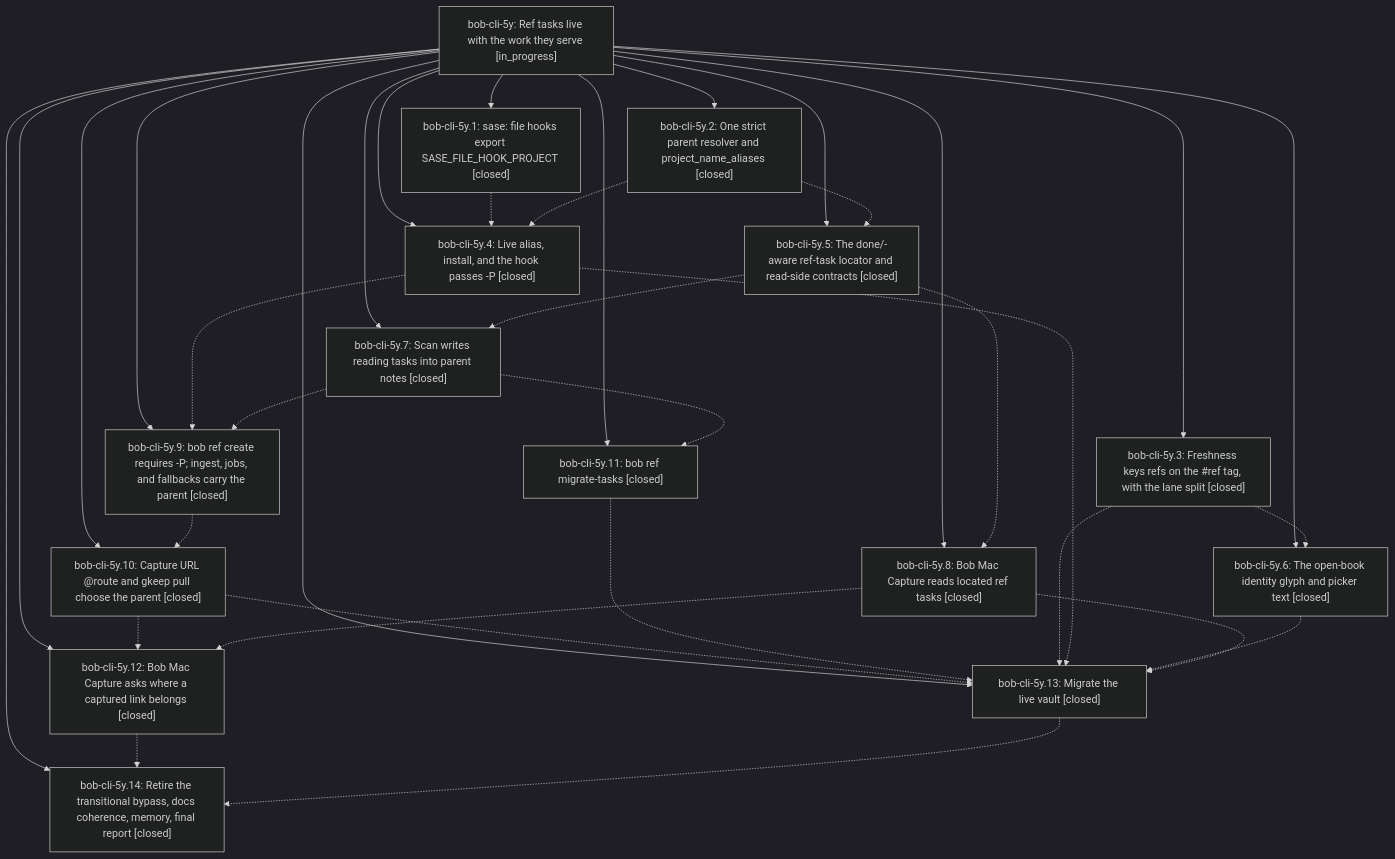
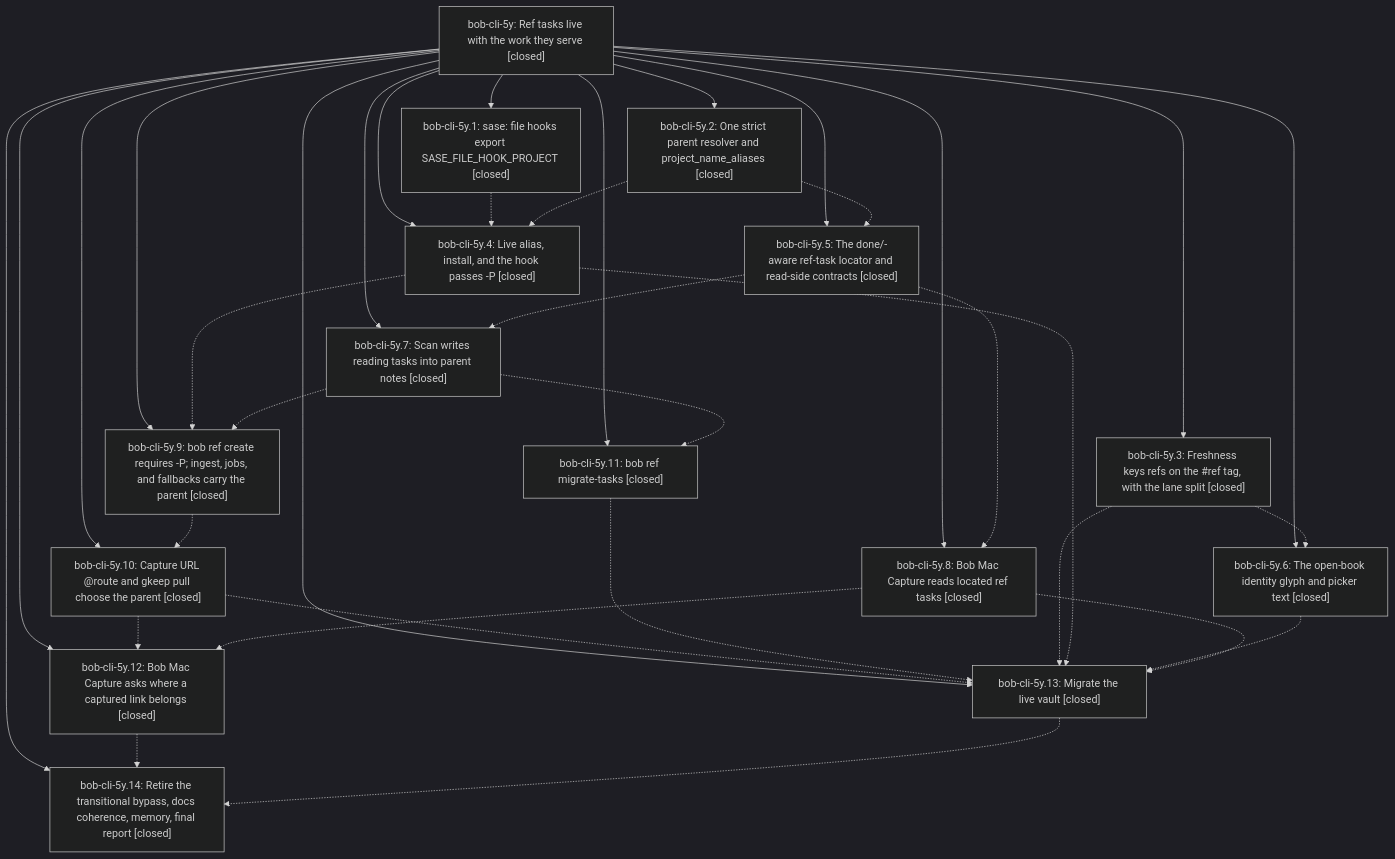
One commit to bobs-org/bob-cli--beads changed the diagram in pages/bob-cli-5y/README.md. Above: the diagram before and after it, drawn with Mermaid (dark theme). The commit also changed other lines of this file and 5 other files, not shown here.

First line of the commit message:
chore(beads): sync bead state and pages for bob-cli-5y

````diff
--- a/pages/bob-cli-5y/README.md
+++ b/pages/bob-cli-5y/README.md
@@ -55,52 +59,52 @@
 ```mermaid
 flowchart TD
-    n0["bob-cli-5y: Ref tasks live with the work they serve [in_progress]"]
+    n0["bob-cli-5y: Ref tasks live with the work they serve [closed]"]
     n1["bob-cli-5y.1: sase: file hooks export SASE_FILE_HOOK_PROJECT [closed]"]
     n2["bob-cli-5y.10: Capture URL @route and gkeep pull choose the parent [closed]"]
     n3["bob-cli-5y.11: bob ref migrate-tasks [closed]"]
     n4["bob-cli-5y.12: Bob Mac Capture asks where a captured link belongs [closed]"]
     n5["bob-cli-5y.13: Migrate the live vault [closed]"]
     n6["bob-cli-5y.14: Retire the transitional bypass, docs coherence, memory, final report [closed]"]
     n7["bob-cli-5y.2: One strict parent resolver and project_name_aliases [closed]"]
     n8["bob-cli-5y.3: Freshness keys refs on the #ref tag, with the lane split [closed]"]
     n9["bob-cli-5y.4: Live alias, install, and the hook passes -P [closed]"]
     n10["bob-cli-5y.5: The done/-aware ref-task locator and read-side contracts [closed]"]
     n11["bob-cli-5y.6: The open-book identity glyph and picker text [closed]"]
     n12["bob-cli-5y.7: Scan writes reading tasks into parent notes [closed]"]
     n13["bob-cli-5y.8: Bob Mac Capture reads located ref tasks [closed]"]
     n14["bob-cli-5y.9: bob ref create requires -P; ingest, jobs, and fallbacks carry the parent [closed]"]
     n0 --> n1
     n0 --> n2
     n0 --> n3
     n0 --> n4
     n0 --> n5
     n0 --> n6
     n0 --> n7
     n0 --> n8
     n0 --> n9
     n0 --> n10
     n0 --> n11
     n0 --> n12
     n0 --> n13
     n0 --> n14
     n1 -.-> n9
     n2 -.-> n4
     n2 -.-> n5
     n3 -.-> n5
     n4 -.-> n6
     n5 -.-> n6
     n7 -.-> n9
     n7 -.-> n10
     n8 -.-> n5
     n8 -.-> n11
     n9 -.-> n5
     n9 -.-> n14
     n10 -.-> n12
     n10 -.-> n13
     n11 -.-> n5
     n12 -.-> n3
     n12 -.-> n14
     n13 -.-> n4
     n13 -.-> n5
     n14 -.-> n2
 ```
````
